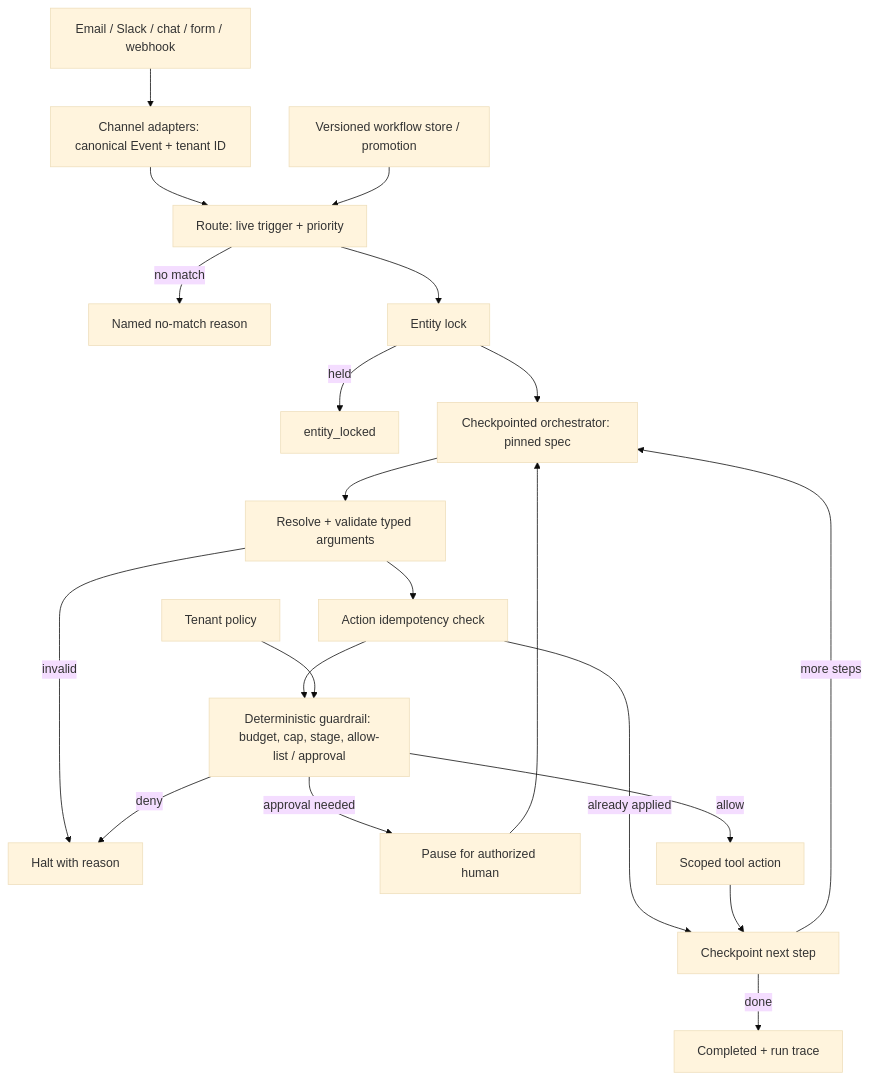
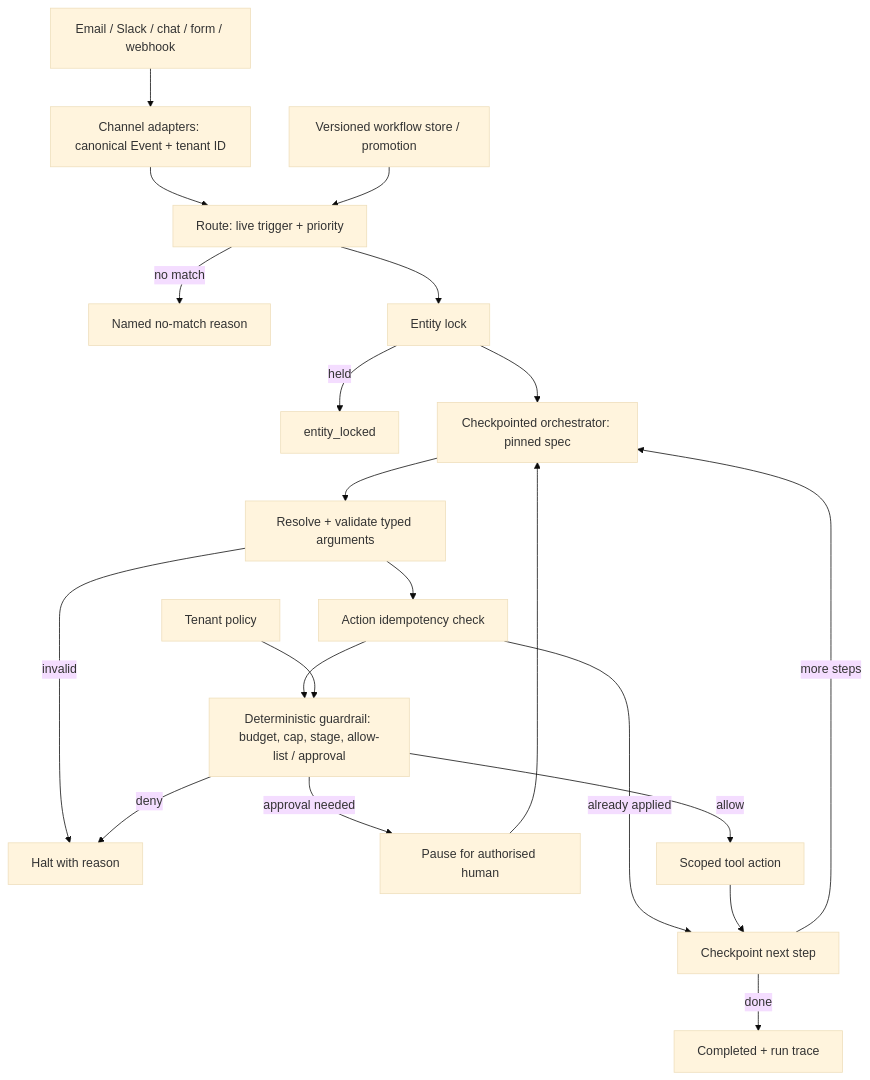
The diagram in site/content/modules/15-fde-case-studies/platforms-and-scale/agent-platform-for-non-technical-users/main.md (Sourav692/Forward-Deployed-Engineer-Interview-Prep), drawn with Mermaid (base theme) before and after one commit. The commit also changed 191 other files, not shown here.

First line of the commit message:
content: British spellings inside diagrams (AF-06)

````diff
--- a/site/content/modules/15-fde-case-studies/platforms-and-scale/agent-platform-for-non-technical-users/main.md
+++ b/site/content/modules/15-fde-case-studies/platforms-and-scale/agent-platform-for-non-technical-users/main.md
@@ -77,23 +77,23 @@
 ```mermaid
 flowchart TB
   C[Email / Slack / chat / form / webhook] --> A[Channel adapters: canonical Event + tenant ID]
   A --> R[Route: live trigger + priority]
   R -->|no match| N[Named no-match reason]
   R --> L[Entity lock]
   L -->|held| H[entity_locked]
   L --> O[Checkpointed orchestrator: pinned spec]
   O --> V[Resolve + validate typed arguments]
   V -->|invalid| X[Halt with reason]
   V --> I[Action idempotency check]
   I -->|already applied| K[Checkpoint next step]
   I --> G[Deterministic guardrail: budget, cap, stage, allow-list / approval]
   G -->|deny| X
-  G -->|approval needed| P[Pause for authorized human]
+  G -->|approval needed| P[Pause for authorised human]
   P --> O
   G -->|allow| T[Scoped tool action]
   T --> K
   K -->|more steps| O
   K -->|done| D[Completed + run trace]
   W[Versioned workflow store / promotion] --> R
   Q[Tenant policy] --> G
 ```
````
